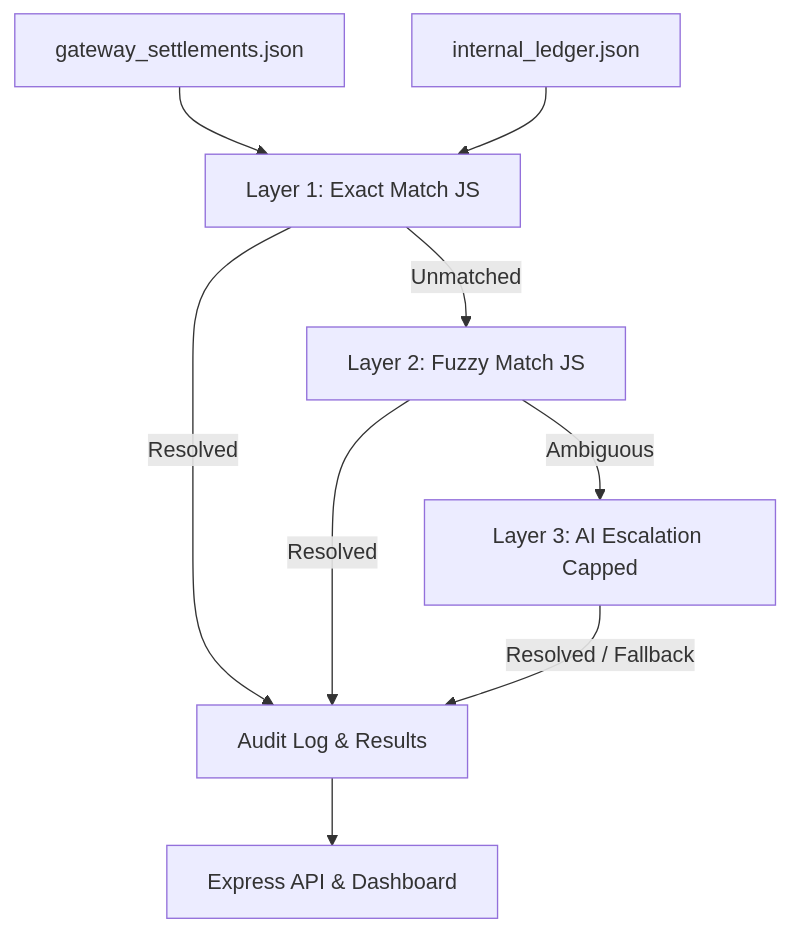
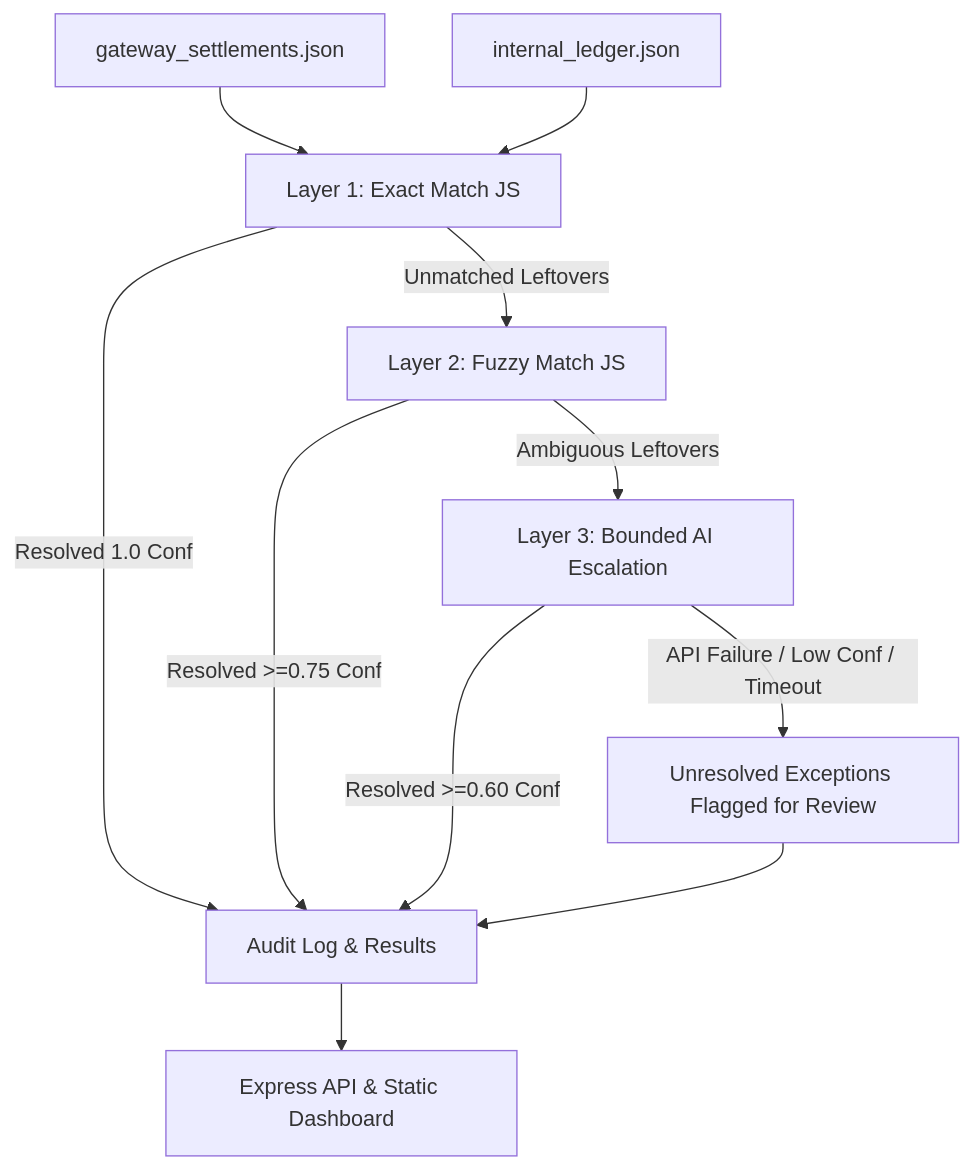
Before and after one commit to Nageshmansuke/ReconAgent-Pro: the diagram in README.md, drawn with Mermaid. The commit also changed other lines of this file and 1 other file, not shown here.

````diff
--- a/README.md
+++ b/README.md
@@ -9,11 +22,17 @@
 ```mermaid
 graph TD
     A[gateway_settlements.json] --> C[Layer 1: Exact Match JS]
     B[internal_ledger.json] --> C
-    C -->|Resolved| F[Audit Log & Results]
-    C -->|Unmatched| D[Layer 2: Fuzzy Match JS]
-    D -->|Resolved| F
-    D -->|Ambiguous| E[Layer 3: AI Escalation Capped]
-    E -->|Resolved / Fallback| F
-    F --> G[Express API & Dashboard]
+    
+    C -->|Resolved 1.0 Conf| F[Audit Log & Results]
+    C -->|Unmatched Leftovers| D[Layer 2: Fuzzy Match JS]
+    
+    D -->|Resolved >=0.75 Conf| F
+    D -->|Ambiguous Leftovers| E[Layer 3: Bounded AI Escalation]
+    
+    E -->|Resolved >=0.60 Conf| F
+    E -->|API Failure / Low Conf / Timeout| H[Unresolved Exceptions Flagged for Review]
+    H --> F
+    
+    F --> G[Express API & Static Dashboard]
 ```
````
